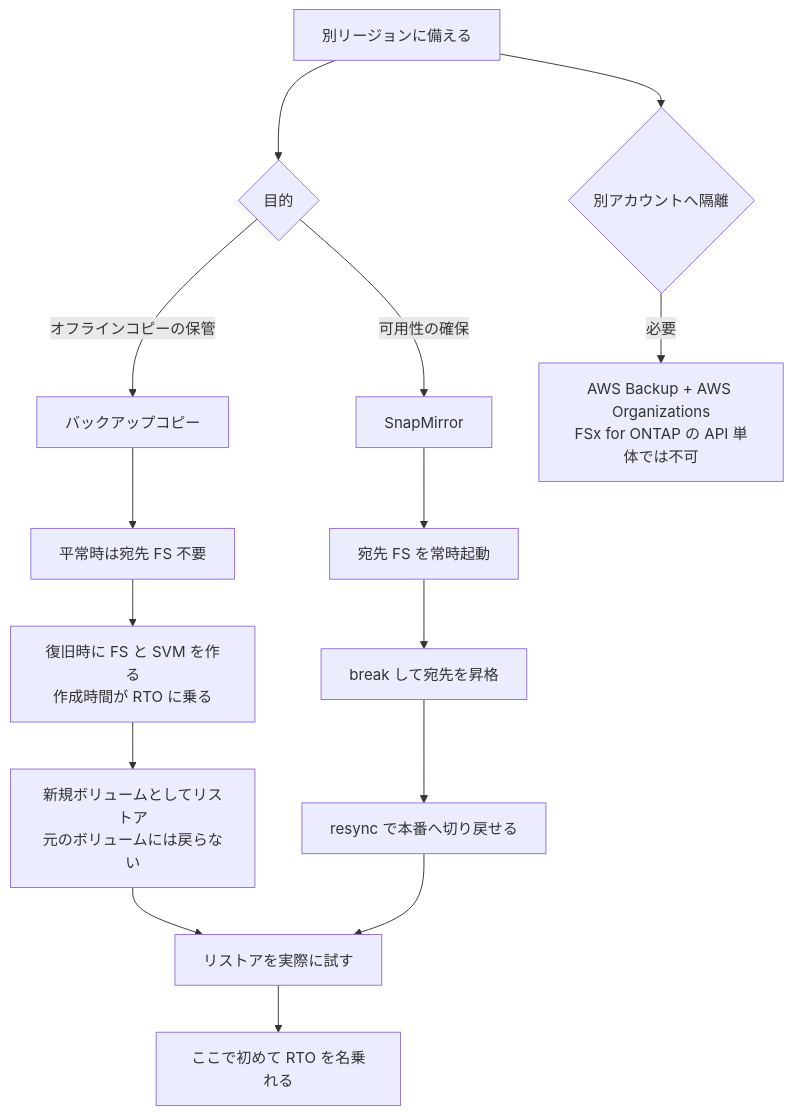
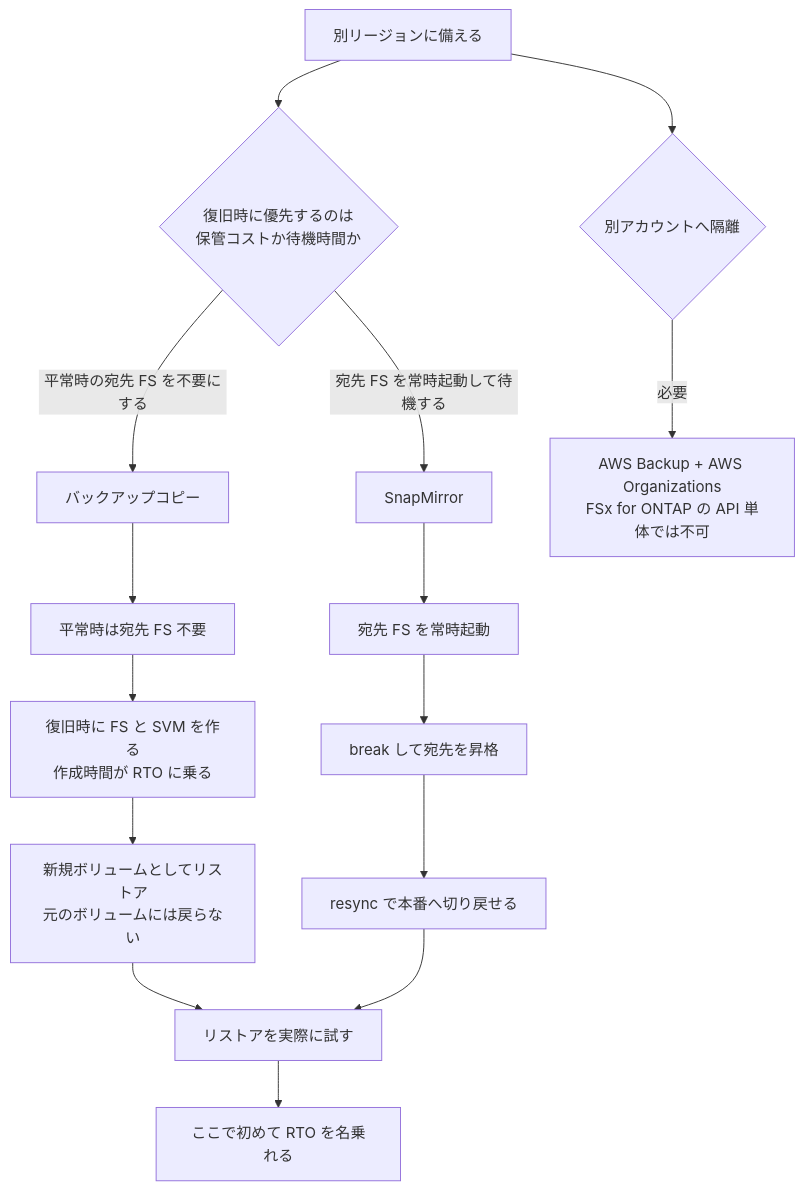
The diagram in docs/ja/domains/data-protection/notes/backup-copies-across-regions-and-accounts.md (Yoshiki0705/FSx-for-ONTAP-Adoption-Playbook), drawn with Mermaid before and after one commit. The commit also changed other lines of this file and 257 other files, not shown here.

````diff
--- a/docs/ja/domains/data-protection/notes/backup-copies-across-regions-and-accounts.md
+++ b/docs/ja/domains/data-protection/notes/backup-copies-across-regions-and-accounts.md
@@ -529,21 +548,21 @@
 ```mermaid
 graph TD
-    A[別リージョンに備える] --> P{目的}
-    P -->|オフラインコピーの保管| B[バックアップコピー]
-    P -->|可用性の確保| S[SnapMirror]
+    A[別リージョンに備える] --> P{復旧時に優先するのは<br/>保管コストか待機時間か}
+    P -->|平常時の宛先 FS を不要にする| B[バックアップコピー]
+    P -->|宛先 FS を常時起動して待機する| S[SnapMirror]
 
     B --> B1[平常時は宛先 FS 不要]
     B1 --> B2["復旧時に FS と SVM を作る<br/>作成時間が RTO に乗る"]
     B2 --> B3["新規ボリュームとしてリストア<br/>元のボリュームには戻らない"]
 
     S --> S1[宛先 FS を常時起動]
     S1 --> S2["break して宛先を昇格"]
     S2 --> S3["resync で本番へ切り戻せる"]
 
     A --> ACC{別アカウントへ隔離}
     ACC -->|必要| AB["AWS Backup + AWS Organizations<br/>FSx for ONTAP の API 単体では不可"]
 
     B3 --> T[リストアを実際に試す]
     S3 --> T
     T --> RTO[ここで初めて RTO を名乗れる]
 ```
````
